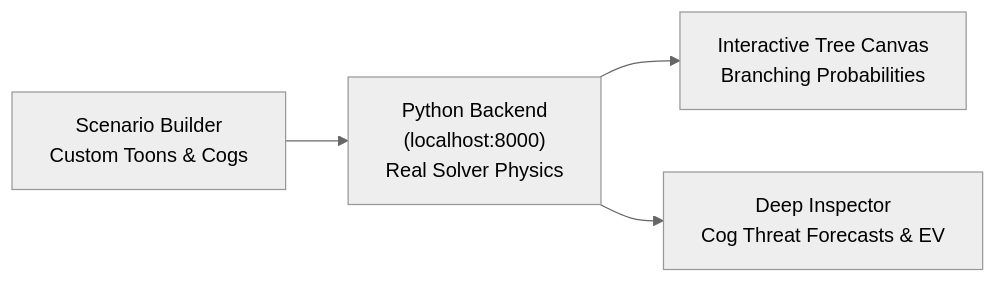
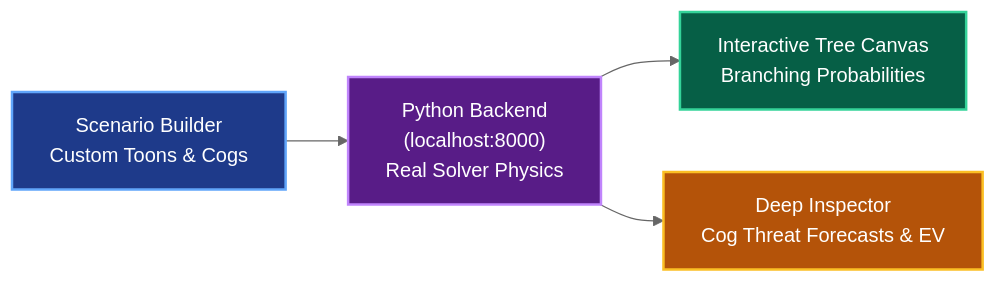
The first of 2 diagrams in visualizer/README.md (Angle-Brackets/TTRSolver), drawn with Mermaid (neutral theme) before and after one commit. The commit also changed 9 other files, not shown here.

Commit message:
docs: color-code all Mermaid diagrams with distinct visual themes

````diff
--- a/visualizer/README.md
+++ b/visualizer/README.md
@@ -7,6 +7,16 @@
 ```mermaid
 flowchart LR
+    classDef builderNode fill:#1e3a8a,stroke:#60a5fa,stroke-width:2px,color:#ffffff
+    classDef pyNode fill:#581c87,stroke:#c084fc,stroke-width:2px,color:#ffffff
+    classDef treeNode fill:#065f46,stroke:#34d399,stroke-width:2px,color:#ffffff
+    classDef inspectNode fill:#b45309,stroke:#fbbf24,stroke-width:2px,color:#ffffff
+
     A["Scenario Builder<br/>Custom Toons & Cogs"] --> B["Python Backend<br/>(localhost:8000)<br/>Real Solver Physics"]
     B --> C["Interactive Tree Canvas<br/>Branching Probabilities"]
     B --> D["Deep Inspector<br/>Cog Threat Forecasts & EV"]
+
+    class A builderNode
+    class B pyNode
+    class C treeNode
+    class D inspectNode
 ```
````
